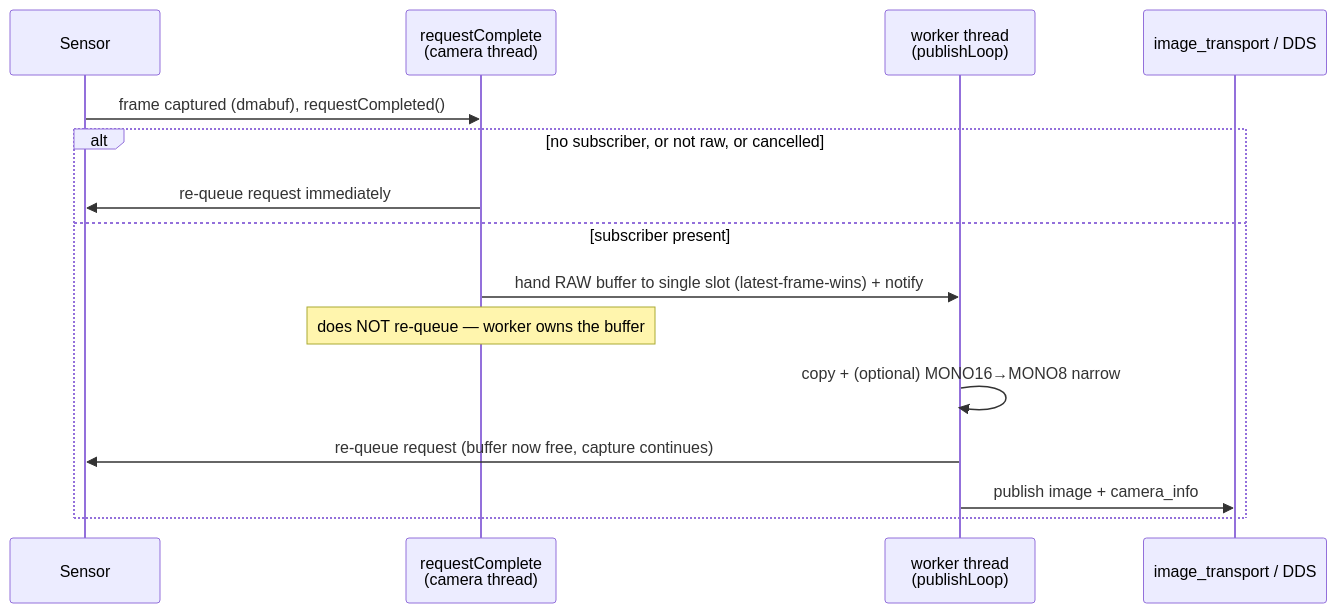
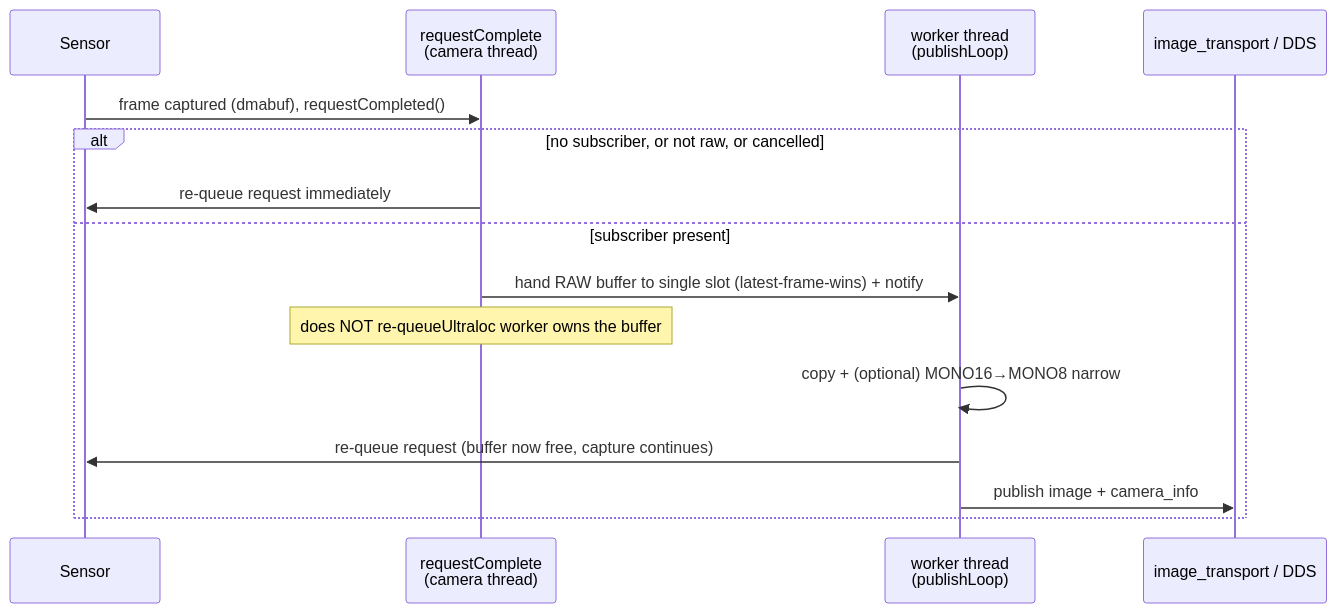
Before and after one commit to ctu-mrs/libcamera_ros_driver: the second of 3 diagrams in README.md, drawn with Mermaid. The commit also changed other lines of this file, not shown here.

````diff
--- a/README.md
+++ b/README.md
@@ -48,17 +48,17 @@
 ```mermaid
 sequenceDiagram
   participant SEN as Sensor
   participant CB as requestComplete<br/>(camera thread)
   participant WK as worker thread<br/>(publishLoop)
   participant IT as image_transport / DDS
   SEN->>CB: frame captured (dmabuf), requestCompleted()
   alt no subscriber, or not raw, or cancelled
     CB->>SEN: re-queue request immediately
   else subscriber present
     CB->>WK: hand RAW buffer to single slot (latest-frame-wins) + notify
-    Note over CB: does NOT re-queue — worker owns the buffer
+    Note over CB: does NOT re-queueUltraloc worker owns the buffer
     WK->>WK: copy + (optional) MONO16→MONO8 narrow
     WK->>SEN: re-queue request (buffer now free, capture continues)
     WK->>IT: publish image + camera_info
   end
 ```
````
